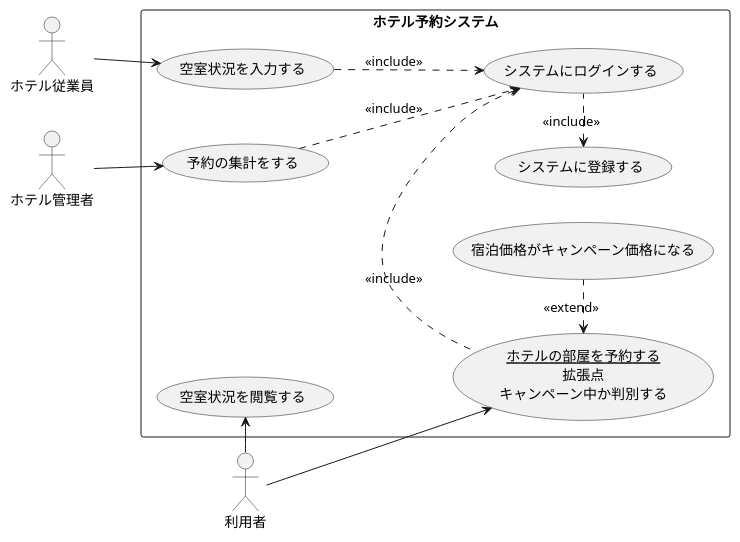
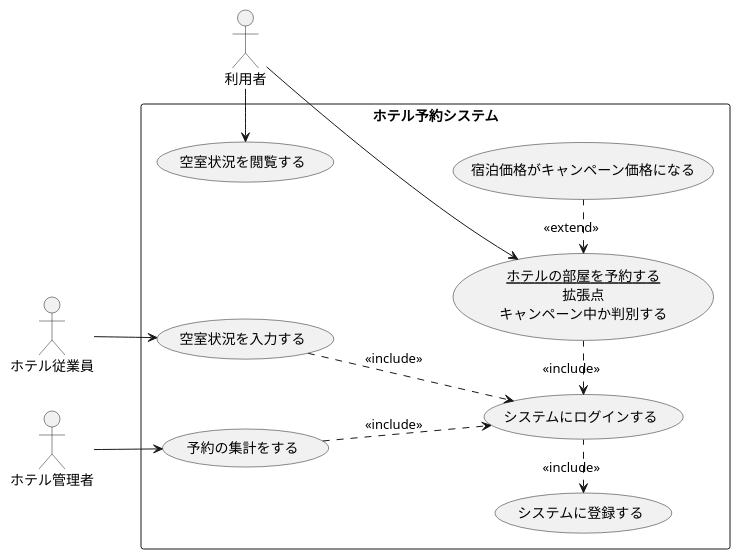
The diagram in 演習2-8_UC_ホテル予約システム.pu (ponkotu1/uml-introduction), drawn with PlantUML before and after one commit.

Commit message:
例題の完成

```diff
--- a/演習2-8_UC_ホテル予約システム.pu
+++ b/演習2-8_UC_ホテル予約システム.pu
@@ -1,24 +1,24 @@
 @startuml ホテル予約システム
 left to right direction
 actor 利用者
 actor ホテル従業員
 actor ホテル管理者
 rectangle ホテル予約システム{
 usecase 空室状況を閲覧する
 usecase 空室状況を入力する
 usecase 予約の集計をする
 usecase システムにログインする
 usecase システムに登録する
 usecase (<u>ホテルの部屋を予約する</u>\n拡張点\nキャンペーン中か判別する) as input
 usecase 宿泊価格がキャンペーン価格になる
 }
 input <. (宿泊価格がキャンペーン価格になる) : <<extend>>
 システムにログインする <. input : << include >>
-input <- 利用者
+input <-left- 利用者
 システムに登録する <. システムにログインする : <<include>>
-利用者 -> 空室状況を閲覧する
+利用者 -right-> 空室状況を閲覧する
 ホテル従業員 --> 空室状況を入力する 
 ホテル管理者 --> 予約の集計をする
 空室状況を入力する ..> システムにログインする : <<include>>
 予約の集計をする ..> システムにログインする : <<include>>
 @enduml
```
